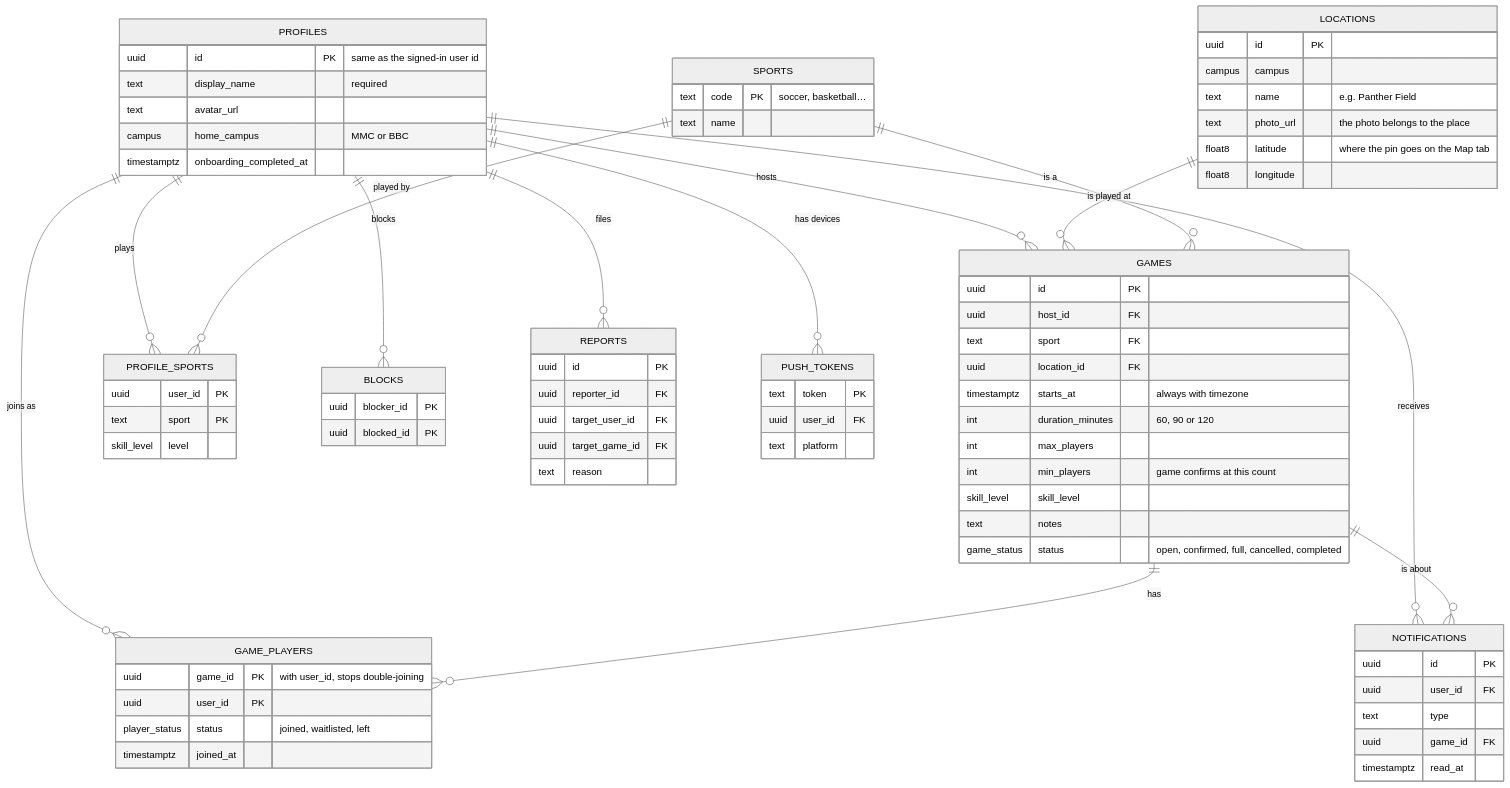
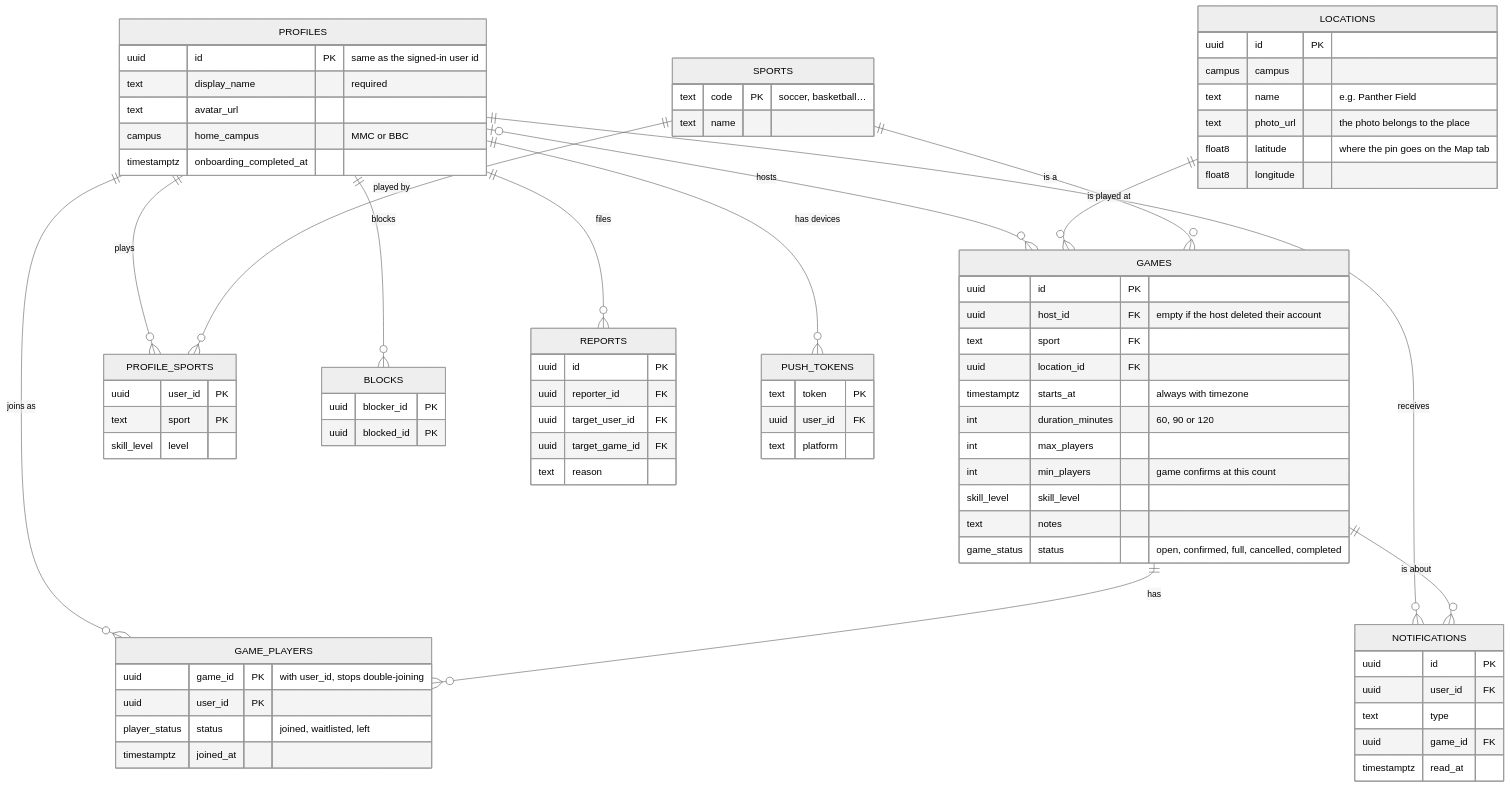
The fifth of 9 diagrams in docs/ARCHITECTURE.md (aymanlaassel/pantherplay), drawn with Mermaid (neutral theme) before and after one commit. The commit also changed other lines of this file and 3 other files, not shown here.

Commit message:
Create the profile at sign-up, store sports and levels, keep games of deleted hosts (W5-04)

````diff
--- a/docs/ARCHITECTURE.md
+++ b/docs/ARCHITECTURE.md
@@ -242,82 +242,82 @@
 ```mermaid
 erDiagram
-  PROFILES ||--o{ GAMES : "hosts"
+  PROFILES |o--o{ GAMES : "hosts"
   PROFILES ||--o{ GAME_PLAYERS : "joins as"
   GAMES ||--o{ GAME_PLAYERS : "has"
   LOCATIONS ||--o{ GAMES : "is played at"
   SPORTS ||--o{ GAMES : "is a"
   PROFILES ||--o{ PROFILE_SPORTS : "plays"
   SPORTS ||--o{ PROFILE_SPORTS : "played by"
   PROFILES ||--o{ NOTIFICATIONS : "receives"
   GAMES ||--o{ NOTIFICATIONS : "is about"
   PROFILES ||--o{ BLOCKS : "blocks"
   PROFILES ||--o{ REPORTS : "files"
   PROFILES ||--o{ PUSH_TOKENS : "has devices"
 
   PROFILES {
     uuid id PK "same as the signed-in user id"
     text display_name "required"
     text avatar_url
     campus home_campus "MMC or BBC"
     timestamptz onboarding_completed_at
   }
   GAMES {
     uuid id PK
-    uuid host_id FK
+    uuid host_id FK "empty if the host deleted their account"
     text sport FK
     uuid location_id FK
     timestamptz starts_at "always with timezone"
     int duration_minutes "60, 90 or 120"
     int max_players
     int min_players "game confirms at this count"
     skill_level skill_level
     text notes
     game_status status "open, confirmed, full, cancelled, completed"
   }
   GAME_PLAYERS {
     uuid game_id PK "with user_id, stops double-joining"
     uuid user_id PK
     player_status status "joined, waitlisted, left"
     timestamptz joined_at
   }
   LOCATIONS {
     uuid id PK
     campus campus
     text name "e.g. Panther Field"
     text photo_url "the photo belongs to the place"
     float8 latitude "where the pin goes on the Map tab"
     float8 longitude
   }
   SPORTS {
     text code PK "soccer, basketball…"
     text name
   }
   PROFILE_SPORTS {
     uuid user_id PK
     text sport PK
     skill_level level
   }
   NOTIFICATIONS {
     uuid id PK
     uuid user_id FK
     text type
     uuid game_id FK
     timestamptz read_at
   }
   BLOCKS {
     uuid blocker_id PK
     uuid blocked_id PK
   }
   REPORTS {
     uuid id PK
     uuid reporter_id FK
     uuid target_user_id FK
     uuid target_game_id FK
     text reason
   }
   PUSH_TOKENS {
     text token PK
     uuid user_id FK
     text platform
   }
 ```
````
